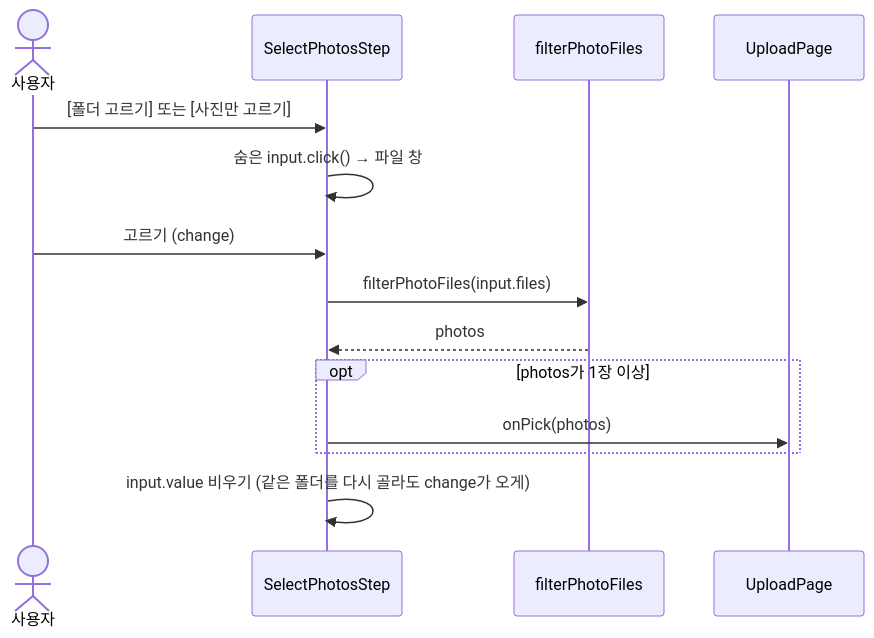
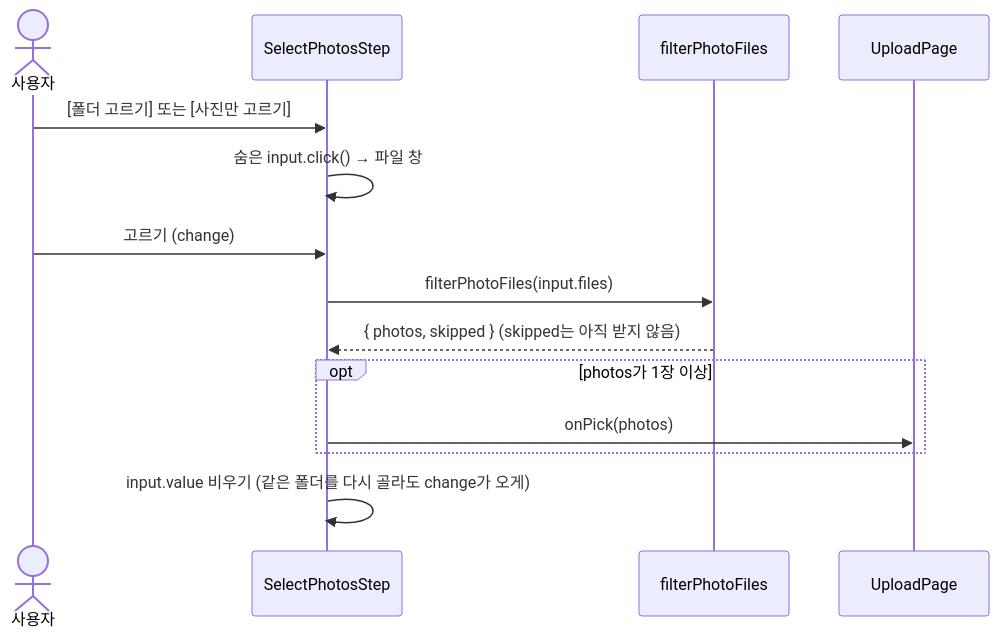
One commit to 2026-WebFW-1/danyeo-on changed the second of 3 diagrams in docs/upload/DROP_FLOW.md. Above: the diagram before and after it, drawn with Mermaid. The commit also changed other lines of this file and 9 other files, not shown here.

````diff
--- a/docs/upload/DROP_FLOW.md
+++ b/docs/upload/DROP_FLOW.md
@@ -60,17 +60,17 @@
 ```mermaid
 sequenceDiagram
     actor 사용자
     participant 화면 as SelectPhotosStep
     participant 거르기 as filterPhotoFiles
     participant 페이지 as UploadPage
 
     사용자->>화면: [폴더 고르기] 또는 [사진만 고르기]
     화면->>화면: 숨은 input.click() → 파일 창
     사용자->>화면: 고르기 (change)
     화면->>거르기: filterPhotoFiles(input.files)
-    거르기-->>화면: photos
+    거르기-->>화면: { photos, skipped } (skipped는 아직 받지 않음)
     opt photos가 1장 이상
         화면->>페이지: onPick(photos)
     end
     화면->>화면: input.value 비우기 (같은 폴더를 다시 골라도 change가 오게)
 ```
````
